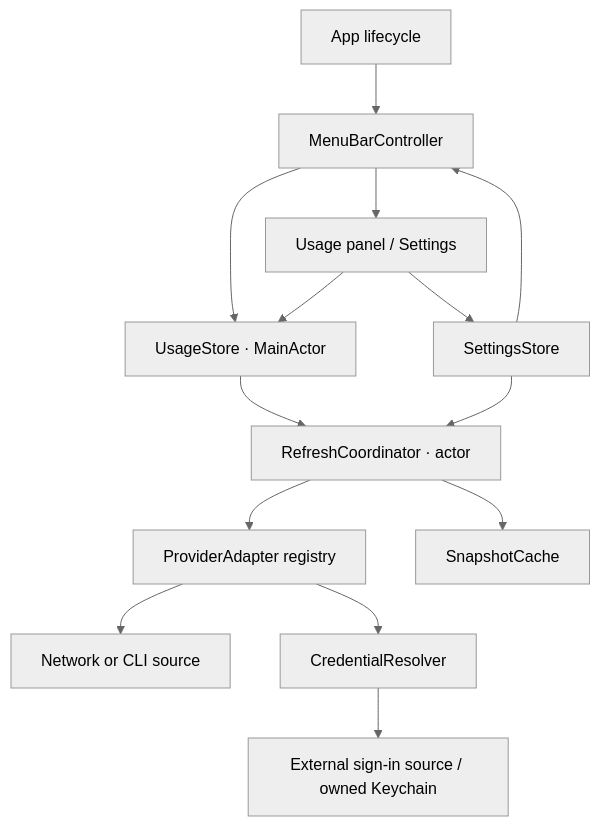
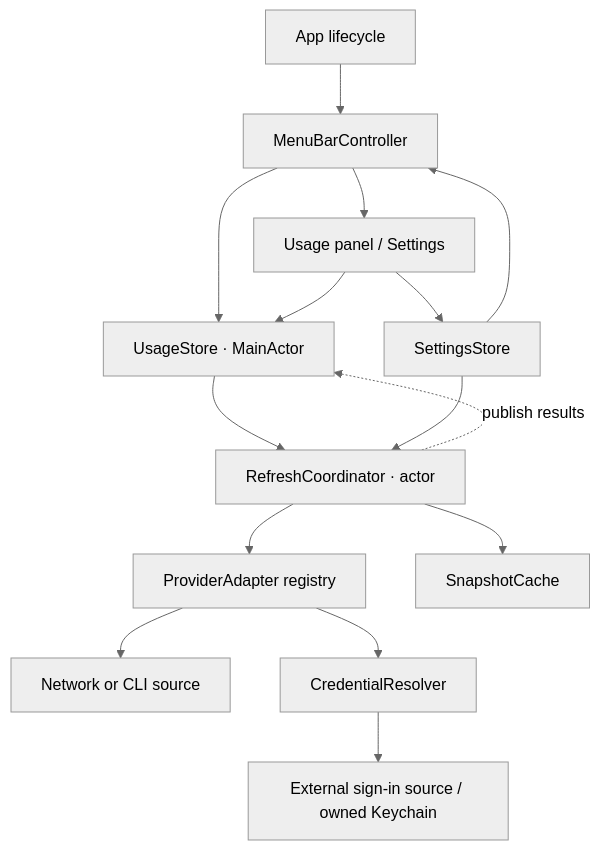
The diagram in docs/design.md (zfdang/llm-meter), drawn with Mermaid (neutral theme) before and after one commit. The commit also changed other lines of this file, not shown here.

````diff
--- a/docs/design.md
+++ b/docs/design.md
@@ -136,16 +135,17 @@
 ```mermaid
 flowchart TD
     A[App lifecycle] --> B[MenuBarController]
     B --> C[Usage panel / Settings]
     B --> D[UsageStore · MainActor]
     C --> D
     D --> E[RefreshCoordinator · actor]
+    E -. publish results .-> D
     E --> F[ProviderAdapter registry]
     F --> G[Network or CLI source]
     F --> H[CredentialResolver]
     H --> I[External sign-in source / owned Keychain]
     E --> J[SnapshotCache]
     C --> K[SettingsStore]
     K --> E
     K --> B
 ```
````
